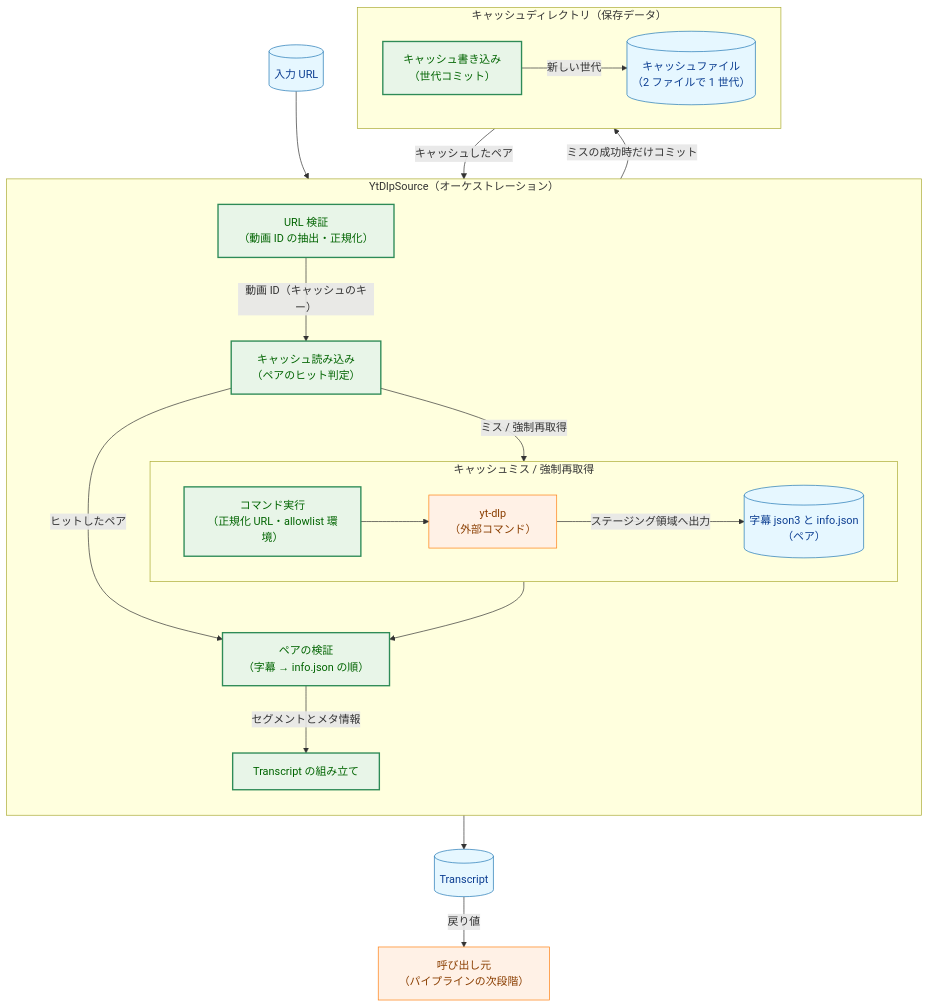
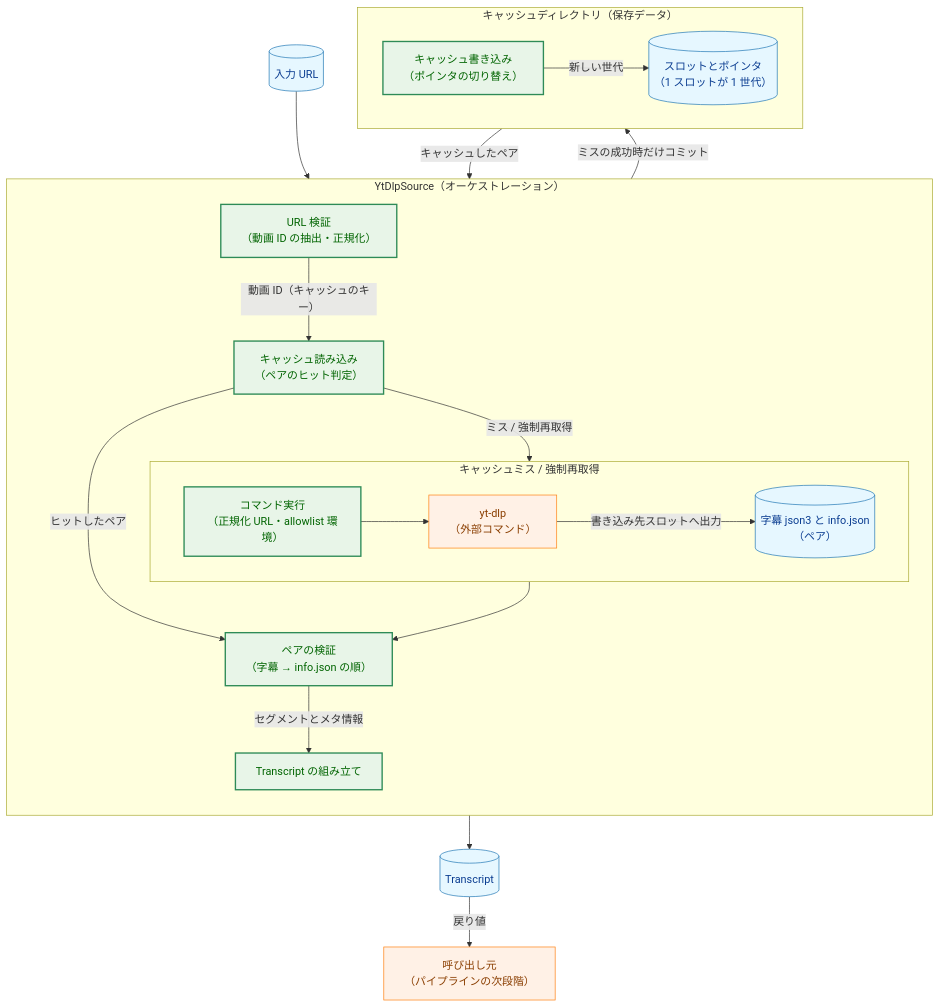
Before and after one commit to isseis/yt2column: the first of 11 diagrams in docs/tasks/0002_ytdlp_transcript_source/02_architecture.md, drawn with Mermaid. The commit also changed other lines of this file, not shown here.

````diff
--- a/docs/tasks/0002_ytdlp_transcript_source/02_architecture.md
+++ b/docs/tasks/0002_ytdlp_transcript_source/02_architecture.md
@@ -26,50 +26,50 @@
 ```mermaid
 flowchart TB
     classDef data fill:#e6f7ff,stroke:#1f77b4,stroke-width:1px,color:#0b3d91;
     classDef enhanced fill:#e8f5e8,stroke:#2e8b57,stroke-width:2px,color:#006400;
     classDef process fill:#fff1e6,stroke:#ff7f0e,stroke-width:1px,color:#8a3e00;
 
     URL[("入力 URL")]
 
     subgraph SRC["YtDlpSource（オーケストレーション）"]
         direction TB
         VID["URL 検証<br>（動画 ID の抽出・正規化）"]
         READ["キャッシュ読み込み<br>（ペアのヒット判定）"]
         PARSE["ペアの検証<br>（字幕 → info.json の順）"]
         ASM["Transcript の組み立て"]
 
         subgraph MISS["キャッシュミス / 強制再取得"]
             direction LR
             RUN["コマンド実行<br>（正規化 URL・allowlist 環境）"]
             YTDLP["yt-dlp<br>（外部コマンド）"]
             PAIR[("字幕 json3 と info.json<br>（ペア）")]
             RUN --> YTDLP
-            YTDLP -->|"ステージング領域へ出力"| PAIR
+            YTDLP -->|"書き込み先スロットへ出力"| PAIR
         end
     end
 
     subgraph STORE["キャッシュディレクトリ（保存データ）"]
         direction LR
-        WRITE["キャッシュ書き込み<br>（世代コミット）"]
-        CF[("キャッシュファイル<br>（2 ファイルで 1 世代）")]
+        WRITE["キャッシュ書き込み<br>（ポインタの切り替え）"]
+        CF[("スロットとポインタ<br>（1 スロットが 1 世代）")]
         WRITE -->|"新しい世代"| CF
     end
 
     TC[("Transcript")]
     CALLER["呼び出し元<br>（パイプラインの次段階）"]
 
     URL --> VID
     VID -->|"動画 ID（キャッシュのキー）"| READ
     CF -->|"キャッシュしたペア"| READ
     READ -->|"ヒットしたペア"| PARSE
     READ -->|"ミス / 強制再取得"| RUN
     PAIR --> PARSE
     PARSE -->|"セグメントとメタ情報"| ASM
     ASM -->|"ミスの成功時だけコミット"| WRITE
     ASM --> TC
     TC -->|"戻り値"| CALLER
 
     class URL,PAIR,CF,TC data
     class VID,READ,PARSE,ASM,WRITE,RUN enhanced
     class YTDLP,CALLER process
 ```
````
